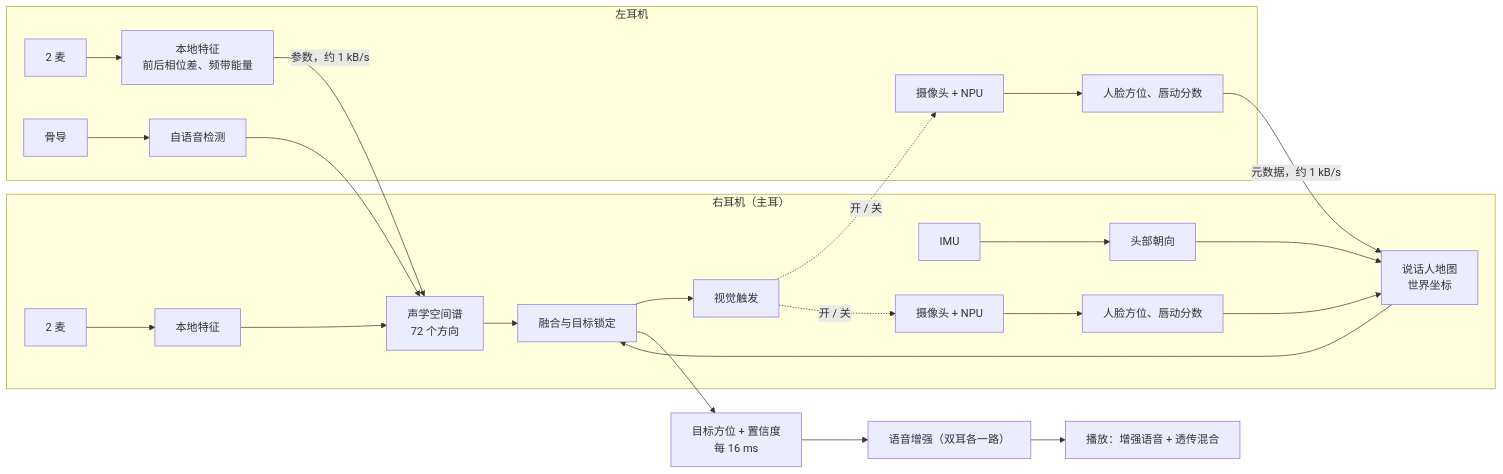
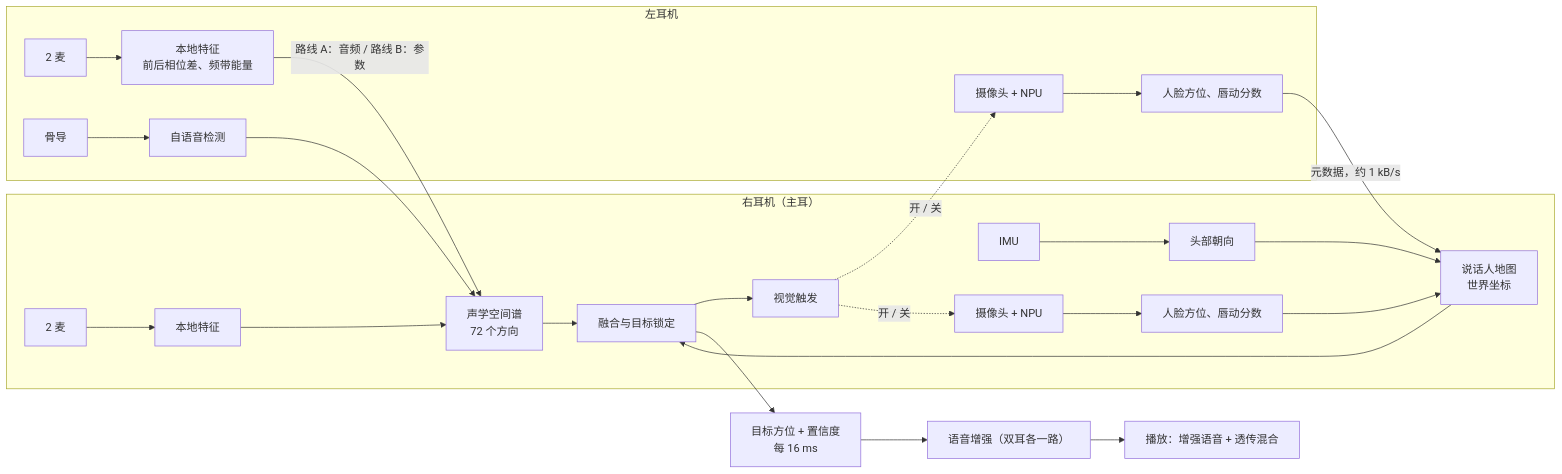
The diagram in 02_耳机声源定位/技术方案_v0.md (ZeroFoxxi/ssl-scene1), drawn with Mermaid before and after one commit. The commit also changed other lines of this file and 2 other files, not shown here.

````diff
--- a/02_耳机声源定位/技术方案_v0.md
+++ b/02_耳机声源定位/技术方案_v0.md
@@ -51,31 +52,31 @@
 ```mermaid
 flowchart LR
   subgraph L[左耳机]
     LM[2 麦] --> LF[本地特征<br/>前后相位差、频带能量]
     LV[骨导] --> OV[自语音检测]
     LC[摄像头 + NPU] --> LD[人脸方位、唇动分数]
   end
   subgraph R[右耳机（主耳）]
     RM[2 麦] --> RF[本地特征]
     RI[IMU] --> HP[头部朝向]
     RC[摄像头 + NPU] --> RD[人脸方位、唇动分数]
     SSL[声学空间谱<br/>72 个方向]
     MAP[说话人地图<br/>世界坐标]
     FUS[融合与目标锁定]
     TRG[视觉触发]
   end
-  LF -- 参数，约 1 kB/s --> SSL
+  LF -- 路线 A：音频 / 路线 B：参数 --> SSL
   RF --> SSL
   OV --> SSL
   HP --> MAP
   LD -- 元数据，约 1 kB/s --> MAP
   RD --> MAP
   SSL --> FUS
   MAP --> FUS
   FUS --> TRG
   TRG -. 开 / 关 .-> LC
   TRG -. 开 / 关 .-> RC
   FUS --> OUT[目标方位 + 置信度<br/>每 16 ms]
   OUT --> ENH[语音增强（双耳各一路）]
   ENH --> SPK[播放：增强语音 + 透传混合]
 ```
````
